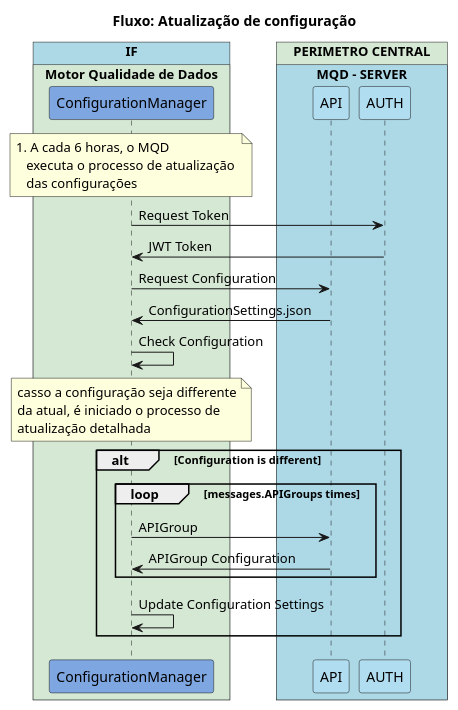
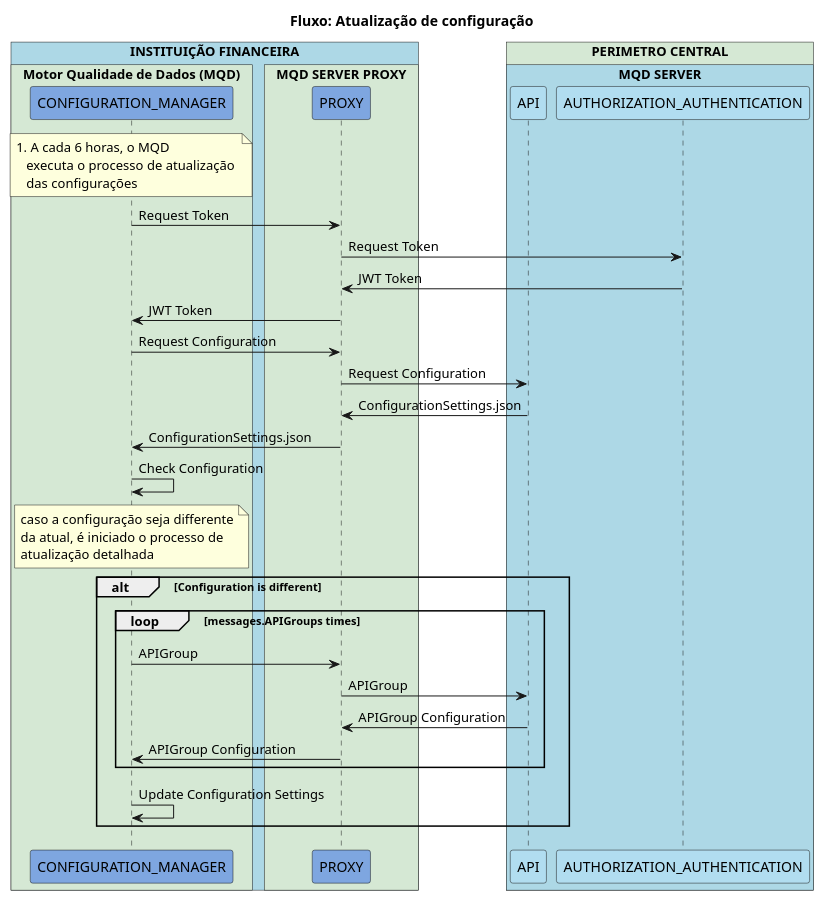
The diagram in docs/Arquitetura/desenhos/fluxo_atualizacao_configuracao.puml (OpenBanking-Brasil/mqd-client), drawn with PlantUML before and after one commit. The commit also changed 22 other files, not shown here.

Commit message:
Architecture documentation was updated

```diff
--- a/docs/Arquitetura/desenhos/fluxo_atualizacao_configuracao.puml
+++ b/docs/Arquitetura/desenhos/fluxo_atualizacao_configuracao.puml
@@ -1,48 +1,57 @@
 @startuml
 title Fluxo: Atualização de configuração
 
 !pragma teoz true
-box "IF" #LightBlue
-   box "Motor Qualidade de Dados" #D5E8D4
-     participant ConfigurationManager #7EA6E0
+box "INSTITUIÇÃO FINANCEIRA" #LightBlue
+   box "Motor Qualidade de Dados (MQD)" #D5E8D4
+     participant CONFIGURATION_MANAGER #7EA6E0
+   end box
+   box "MQD SERVER PROXY" #D5E8D4
+     participant PROXY #7EA6E0
    end box
 end box
 
 box "PERIMETRO CENTRAL" #D5E8D4
-   box "MQD - SERVER" #LightBlue
+   box "MQD SERVER" #LightBlue
      participant API #B1DDF0
-     participant AUTH #B1DDF0
+     participant AUTHORIZATION_AUTHENTICATION #B1DDF0
    end box
 end box
 
-note over ConfigurationManager 
+note over CONFIGURATION_MANAGER 
    1. A cada 6 horas, o MQD
       executa o processo de atualização 
       das configurações
 end note
 
-ConfigurationManager -> AUTH: Request Token
-AUTH -> ConfigurationManager: JWT Token
+CONFIGURATION_MANAGER -> PROXY: Request Token
+PROXY -> AUTHORIZATION_AUTHENTICATION: Request Token
+AUTHORIZATION_AUTHENTICATION -> PROXY: JWT Token
+PROXY -> CONFIGURATION_MANAGER: JWT Token
 
-ConfigurationManager -> API : Request Configuration
-API -> ConfigurationManager: ConfigurationSettings.json
 
-ConfigurationManager -> ConfigurationManager: Check Configuration
+CONFIGURATION_MANAGER -> PROXY : Request Configuration
+PROXY -> API : Request Configuration
+API -> PROXY: ConfigurationSettings.json
+PROXY -> CONFIGURATION_MANAGER: ConfigurationSettings.json
 
-note over ConfigurationManager 
-   casso a configuração seja differente
+CONFIGURATION_MANAGER -> CONFIGURATION_MANAGER: Check Configuration
+
+note over CONFIGURATION_MANAGER 
+   caso a configuração seja differente
    da atual, é iniciado o processo de 
    atualização detalhada
 end note
 
 alt Configuration is different
    loop messages.APIGroups times
-      ConfigurationManager -> API: APIGroup
-      API -> ConfigurationManager :APIGroup Configuration
+      CONFIGURATION_MANAGER -> PROXY: APIGroup
+      PROXY -> API: APIGroup
+      API -> PROXY :APIGroup Configuration
+      PROXY -> CONFIGURATION_MANAGER :APIGroup Configuration
    end
   
-   ConfigurationManager -> ConfigurationManager : Update Configuration Settings
+   CONFIGURATION_MANAGER -> CONFIGURATION_MANAGER : Update Configuration Settings
 
 end
-
-@enduml
+@enduml 
```
